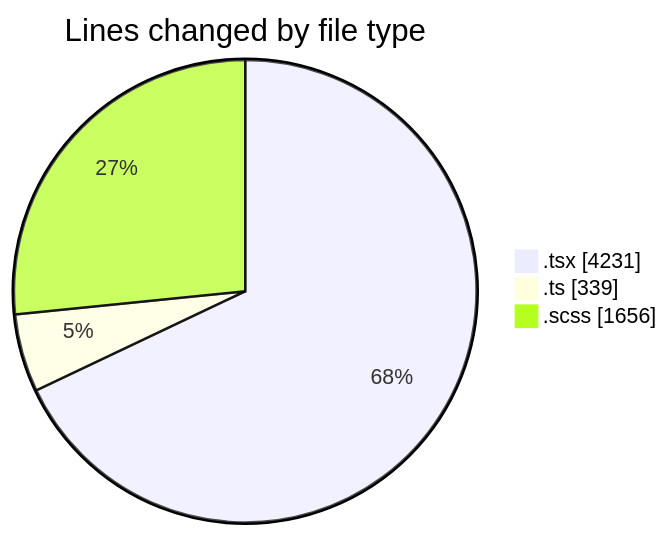
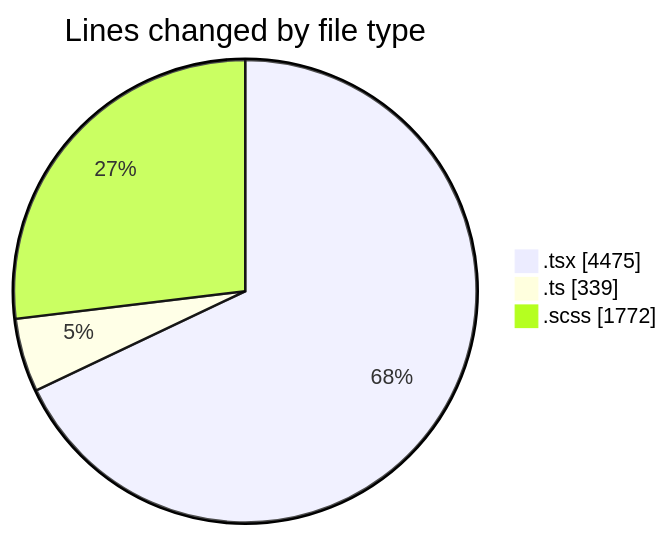
One commit to momahboobian/code-tracking changed the first of 2 diagrams in 2025-07-08/cda/README.md. Above: the diagram before and after it, drawn with Mermaid. The commit also changed other lines of this file and 1 other file, not shown here.

````diff
--- a/2025-07-08/cda/README.md
+++ b/2025-07-08/cda/README.md
@@ -48,7 +48,7 @@
 ```mermaid
 pie showData
 title Lines changed by file type
-".tsx" : 4231
+".tsx" : 4475
 ".ts" : 339
-".scss" : 1656
+".scss" : 1772
 ```
````
